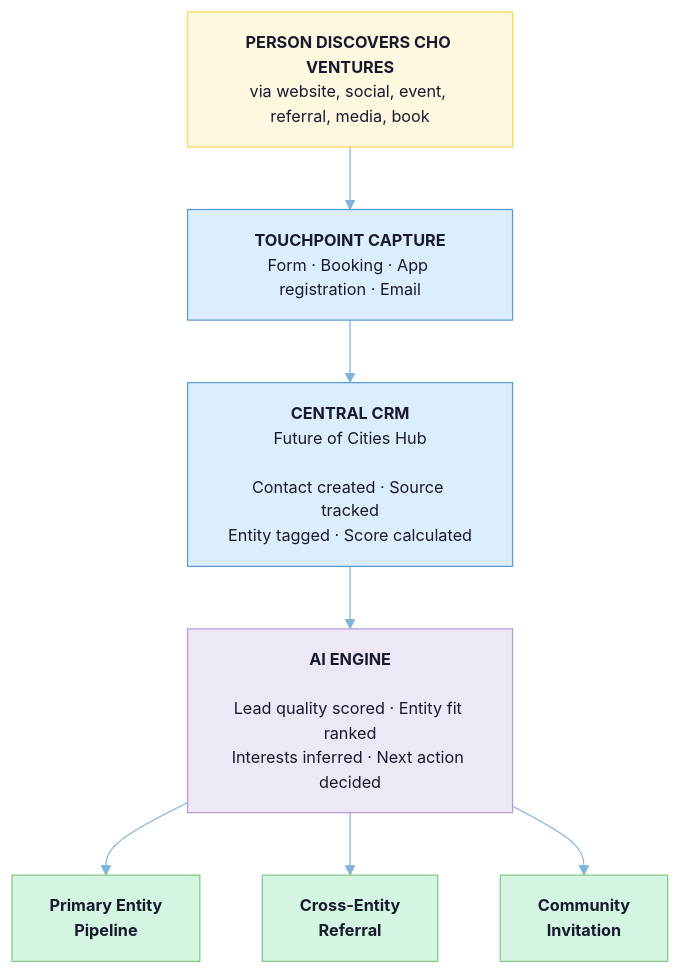
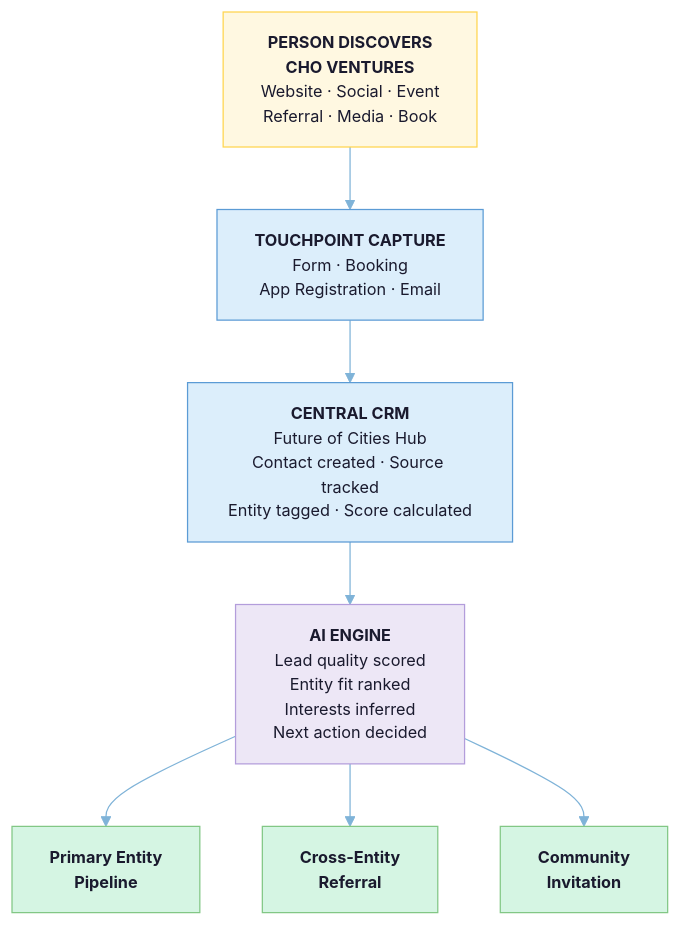
Before and after one commit to Light-Brands/qie: the third of 30 diagrams in legal-vault/proposals/cho-ventures-master-project-plan-2026-02-25.md, drawn with Mermaid. The commit also changed other lines of this file, not shown here.

First line of the commit message:
Fix Mermaid diagram text overflow: break long node labels into shorter lines

````diff
--- a/legal-vault/proposals/cho-ventures-master-project-plan-2026-02-25.md
+++ b/legal-vault/proposals/cho-ventures-master-project-plan-2026-02-25.md
@@ -238,22 +238,22 @@
 ```mermaid
 %%{init: {'theme': 'base', 'themeVariables': {'primaryColor': '#DCEEFB', 'primaryTextColor': '#1a1a2e', 'lineColor': '#7FB3D8', 'fontSize': '13px'}}}%%
 flowchart TB
     classDef trigger fill:#FFF8E1,stroke:#FFD54F,color:#1a1a2e
     classDef process fill:#DCEEFB,stroke:#5B9BD5,color:#1a1a2e
     classDef ai fill:#EDE7F6,stroke:#B39DDB,color:#1a1a2e
     classDef route fill:#D5F5E3,stroke:#82C785,color:#1a1a2e
 
-    DISCOVER["<b>PERSON DISCOVERS CHO VENTURES</b><br/>via website, social, event, referral, media, book"]:::trigger
-    CAPTURE["<b>TOUCHPOINT CAPTURE</b><br/>Form · Booking · App registration · Email"]:::process
-    CRM["<b>CENTRAL CRM</b><br/>Future of Cities Hub<br/><br/>Contact created · Source tracked<br/>Entity tagged · Score calculated"]:::process
-    ENGINE["<b>AI ENGINE</b><br/><br/>Lead quality scored · Entity fit ranked<br/>Interests inferred · Next action decided"]:::ai
+    DISCOVER["<b>PERSON DISCOVERS</b><br/><b>CHO VENTURES</b><br/>Website · Social · Event<br/>Referral · Media · Book"]:::trigger
+    CAPTURE["<b>TOUCHPOINT CAPTURE</b><br/>Form · Booking<br/>App Registration · Email"]:::process
+    CRM["<b>CENTRAL CRM</b><br/>Future of Cities Hub<br/>Contact created · Source tracked<br/>Entity tagged · Score calculated"]:::process
+    ENGINE["<b>AI ENGINE</b><br/>Lead quality scored<br/>Entity fit ranked<br/>Interests inferred<br/>Next action decided"]:::ai
 
     PIPELINE["<b>Primary Entity<br/>Pipeline</b>"]:::route
     REFERRAL["<b>Cross-Entity<br/>Referral</b>"]:::route
     COMMUNITY["<b>Community<br/>Invitation</b>"]:::route
 
     DISCOVER --> CAPTURE --> CRM --> ENGINE
     ENGINE --> PIPELINE
     ENGINE --> REFERRAL
     ENGINE --> COMMUNITY
 ```
````
